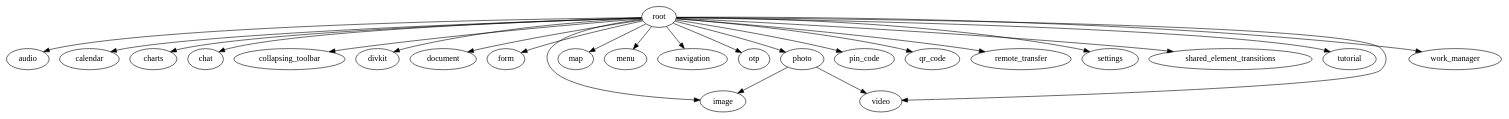
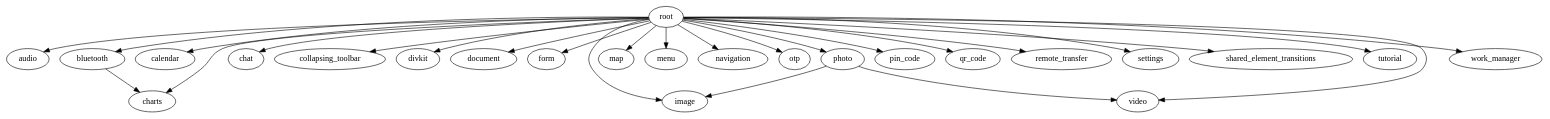
One commit to MobileUpLLC/MobileUp-Android-Samples changed the diagram in features/module_graph/modules.dot. Above: the diagram before and after it, drawn with Graphviz. The commit also changed 4 other files, not shown here.

```diff
--- a/features/module_graph/modules.dot
+++ b/features/module_graph/modules.dot
@@ -1,49 +1,52 @@
 digraph {
 audio
+bluetooth
 calendar
 charts
 chat
 collapsing_toolbar
 divkit
 document
 form
 image
 map
 menu
 navigation
 otp
 photo
 pin_code
 qr_code
 remote_transfer
 root
 settings
 shared_element_transitions
 tutorial
 video
 work_manager
+bluetooth -> charts
 photo -> image
 photo -> video
 root -> audio
+root -> bluetooth
 root -> calendar
 root -> charts
 root -> chat
 root -> collapsing_toolbar
 root -> divkit
 root -> document
 root -> form
 root -> image
 root -> map
 root -> menu
 root -> navigation
 root -> otp
 root -> photo
 root -> pin_code
 root -> qr_code
 root -> remote_transfer
 root -> settings
 root -> shared_element_transitions
 root -> tutorial
 root -> video
 root -> work_manager
 }
```
